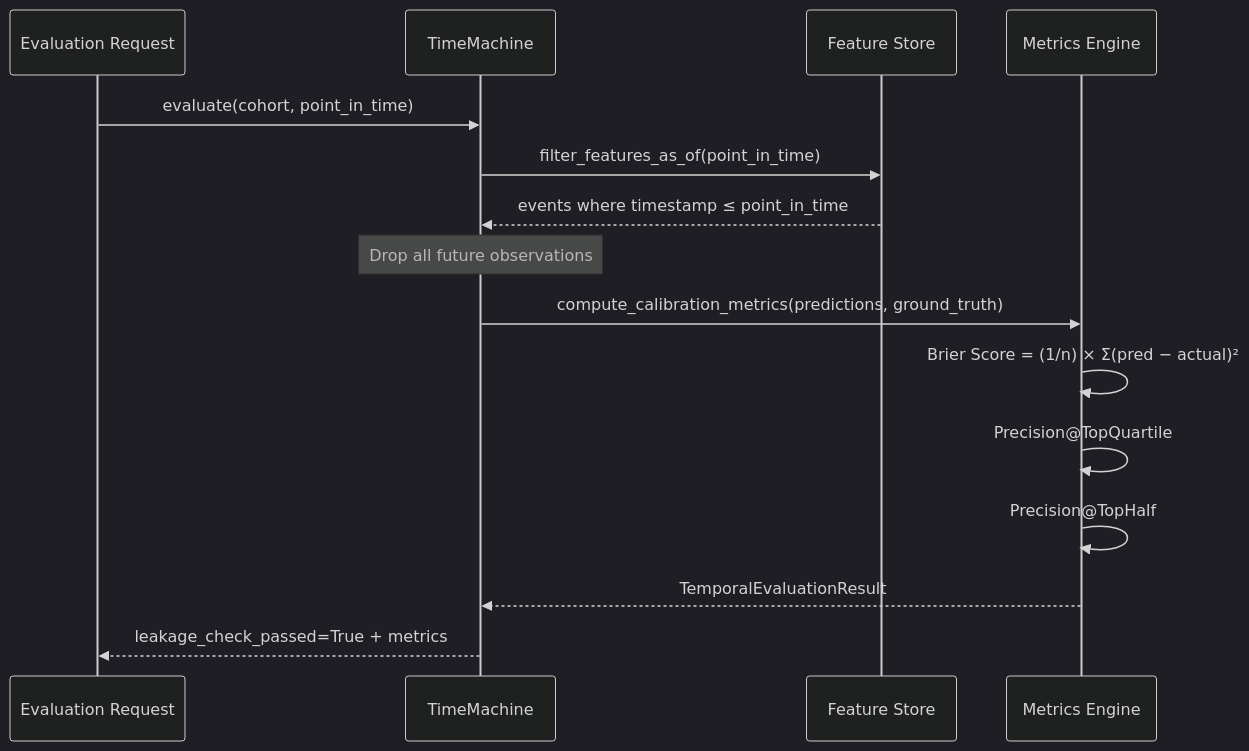
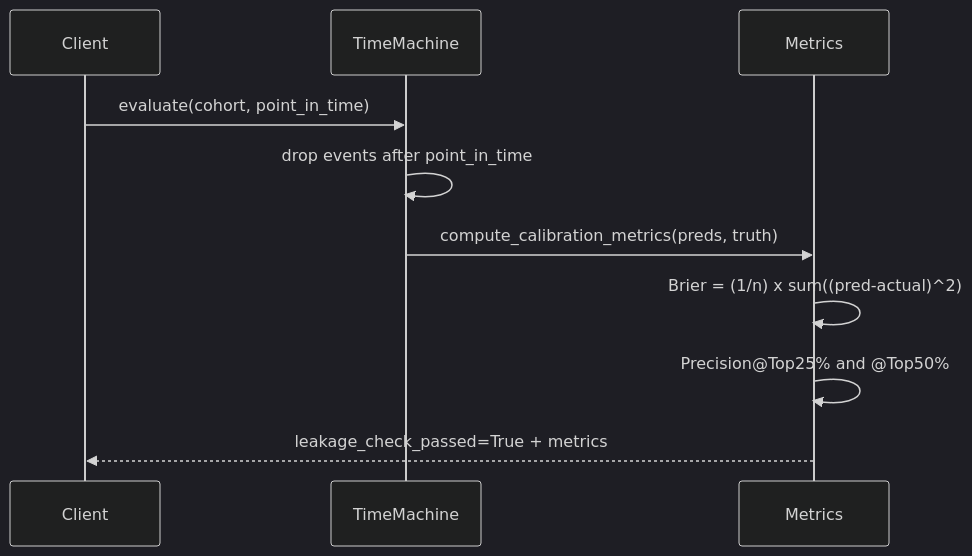
One commit to dozimikes/pitchmic changed diagram 11 of 26 in README.md. Above: the diagram before and after it, drawn with Mermaid (dark theme). The commit also changed other lines of this file, not shown here.

Commit message:
docs: complete README overhaul — all missing endpoints, algorithms, services, and corrections

````diff
--- a/README.md
+++ b/README.md
@@ -520,18 +519,12 @@
 ```mermaid
 sequenceDiagram
-    participant E as Evaluation Request
+    participant C as Client
     participant TM as TimeMachine
-    participant F as Feature Store
-    participant M as Metrics Engine
-
-    E->>TM: evaluate(cohort, point_in_time)
-    TM->>F: filter_features_as_of(point_in_time)
-    F-->>TM: events where timestamp ≤ point_in_time
-    Note over TM: Drop all future observations
-    TM->>M: compute_calibration_metrics(predictions, ground_truth)
-    M->>M: Brier Score = (1/n) × Σ(pred − actual)²
-    M->>M: Precision@TopQuartile
-    M->>M: Precision@TopHalf
-    M-->>TM: TemporalEvaluationResult
-    TM-->>E: leakage_check_passed=True + metrics
+    participant M as Metrics
+    C->>TM: evaluate(cohort, point_in_time)
+    TM->>TM: drop events after point_in_time
+    TM->>M: compute_calibration_metrics(preds, truth)
+    M->>M: Brier = (1/n) x sum((pred-actual)^2)
+    M->>M: Precision@Top25% and @Top50%
+    M-->>C: leakage_check_passed=True + metrics
 ```
````
